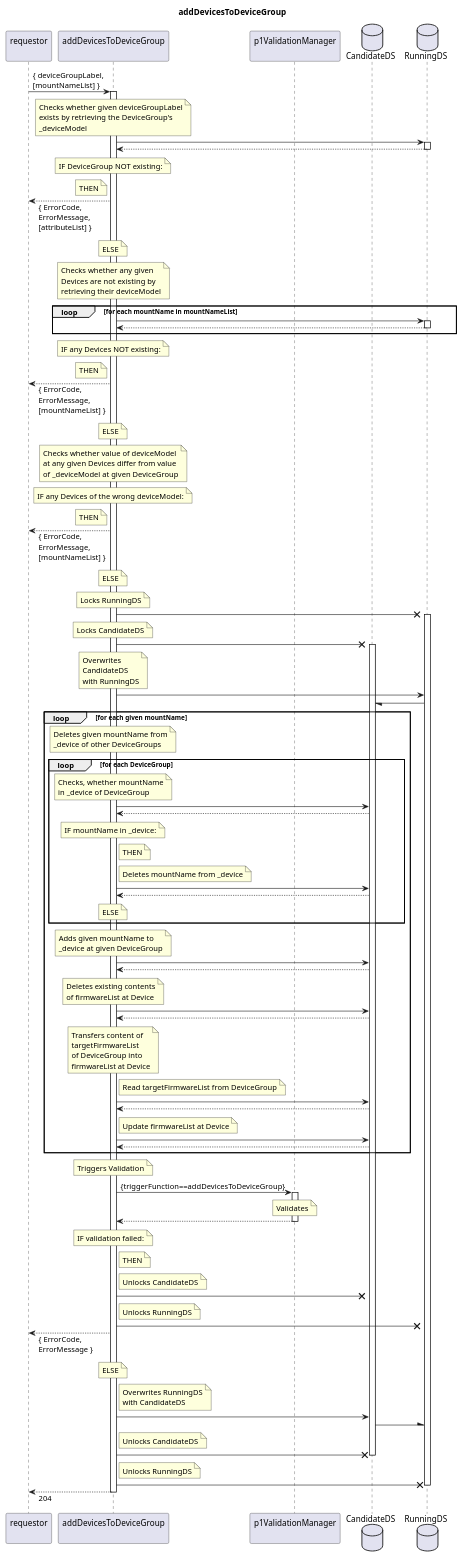
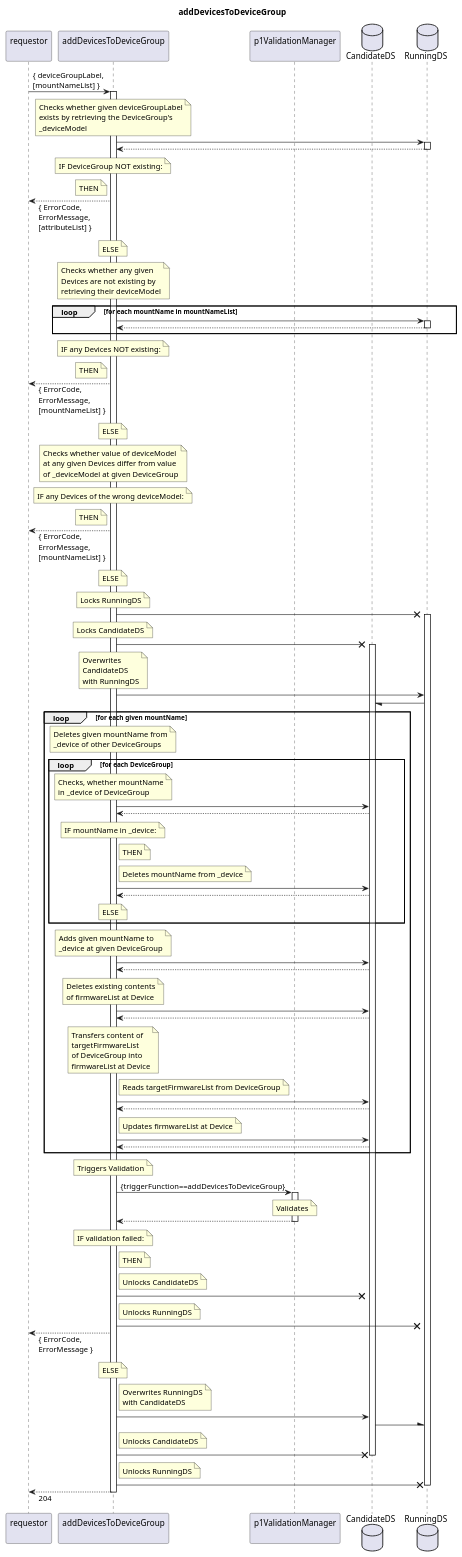
Before and after one commit to openBackhaul/FirmWareManager: the diagram in spec/Services/addDevicesToDeviceGroup/1.0.0/addDevicesToDeviceGroup.plantuml, drawn with PlantUML. The commit also changed 13 other files, not shown here.

```diff
--- a/spec/Services/addDevicesToDeviceGroup/1.0.0/addDevicesToDeviceGroup.plantuml
+++ b/spec/Services/addDevicesToDeviceGroup/1.0.0/addDevicesToDeviceGroup.plantuml
@@ -139,12 +139,12 @@
       firmwareList at Device
     end note
     note right indServ
-      Read targetFirmwareList from DeviceGroup
+      Reads targetFirmwareList from DeviceGroup
     end note
     indServ -> CanDS
     indServ <-- CanDS
     note right indServ
-      Update firmwareList at Device
+      Updates firmwareList at Device
     end note
     indServ -> CanDS
     indServ <-- CanDS
```
